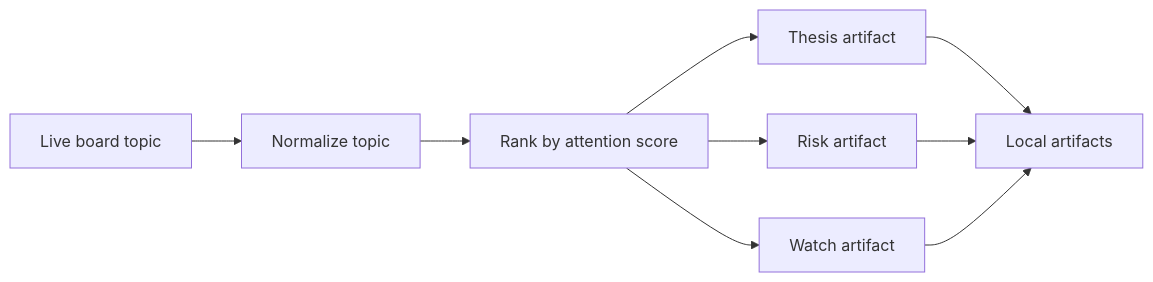
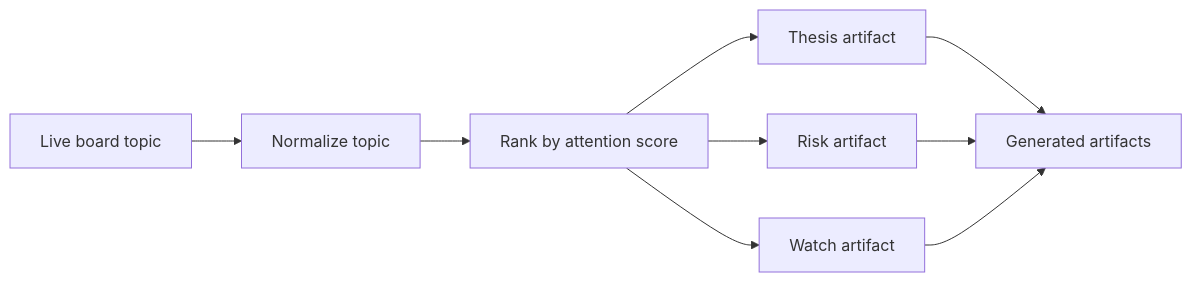
Before and after one commit to animeme99/Animeme-Agent: the fourth of 6 diagrams in README.md, drawn with Mermaid. The commit also changed other lines of this file and 6 other files, not shown here.

````diff
--- a/README.md
+++ b/README.md
@@ -278,11 +264,11 @@
 ```mermaid
 flowchart LR
     Live["Live board topic"] --> Normalize["Normalize topic"]
     Normalize --> Rank["Rank by attention score"]
     Rank --> Thesis["Thesis artifact"]
     Rank --> Risk["Risk artifact"]
     Rank --> Watch["Watch artifact"]
-    Thesis --> Artifacts["Local artifacts"]
+    Thesis --> Artifacts["Generated artifacts"]
     Risk --> Artifacts
     Watch --> Artifacts
 ```
````
